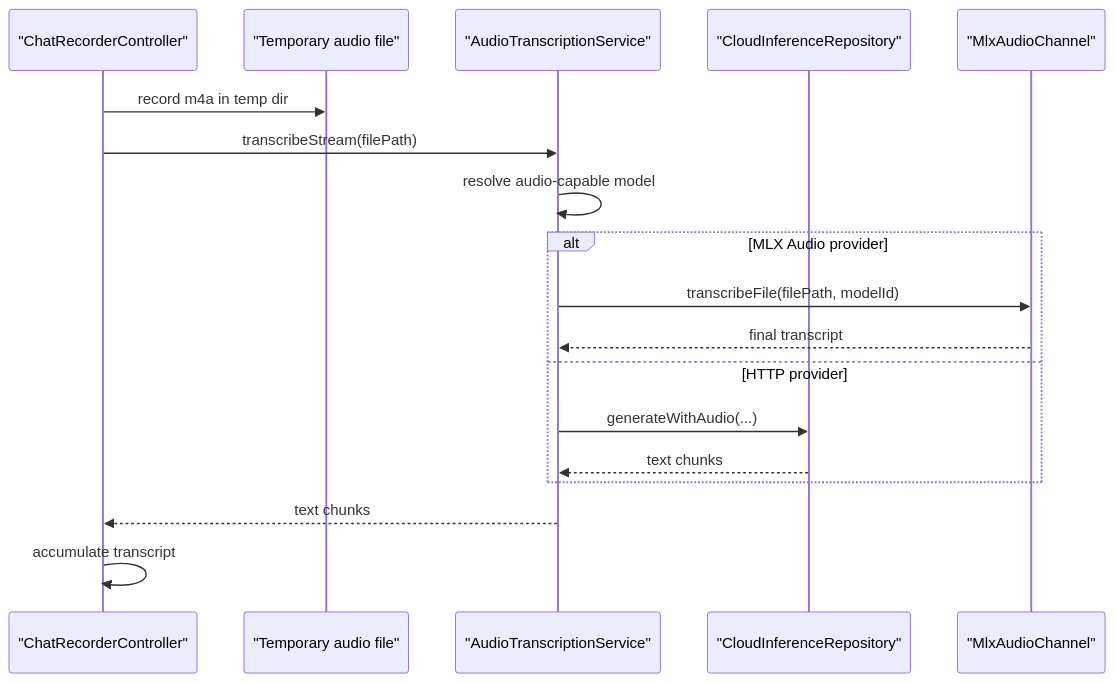
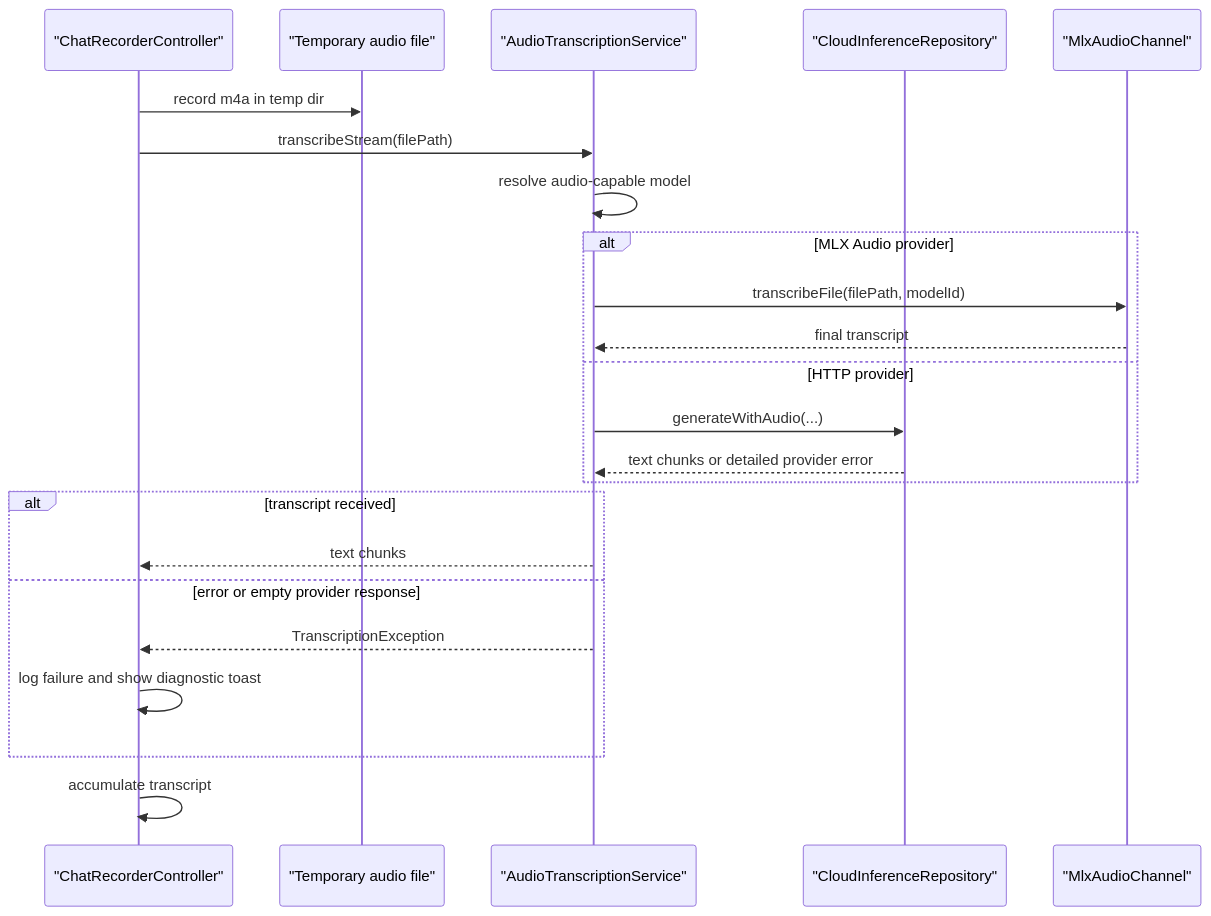
One commit to matthiasn/lotti changed the fifth of 6 diagrams in lib/features/ai_chat/README.md. Above: the diagram before and after it, drawn with Mermaid. The commit also changed other lines of this file and 29 other files, not shown here.

````diff
--- a/lib/features/ai_chat/README.md
+++ b/lib/features/ai_chat/README.md
@@ -291,21 +302,26 @@
 ```mermaid
 sequenceDiagram
   participant UI as "ChatRecorderController"
   participant File as "Temporary audio file"
   participant Batch as "AudioTranscriptionService"
   participant Cloud as "CloudInferenceRepository"
   participant MLX as "MlxAudioChannel"
 
   UI->>File: record m4a in temp dir
   UI->>Batch: transcribeStream(filePath)
   Batch->>Batch: resolve audio-capable model
   alt MLX Audio provider
     Batch->>MLX: transcribeFile(filePath, modelId)
     MLX-->>Batch: final transcript
   else HTTP provider
     Batch->>Cloud: generateWithAudio(...)
-    Cloud-->>Batch: text chunks
+    Cloud-->>Batch: text chunks or detailed provider error
   end
-  Batch-->>UI: text chunks
+  alt transcript received
+    Batch-->>UI: text chunks
+  else error or empty provider response
+    Batch-->>UI: TranscriptionException
+    UI->>UI: log failure and show diagnostic toast
+  end
   UI->>UI: accumulate transcript
 ```
````
